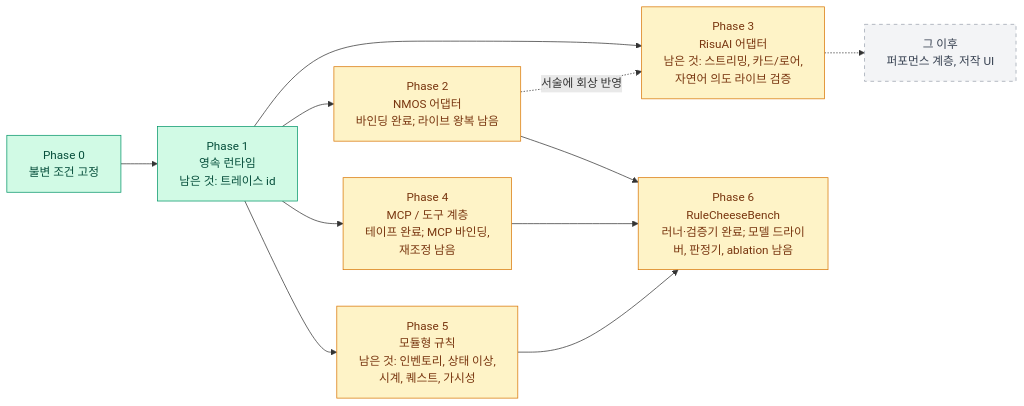
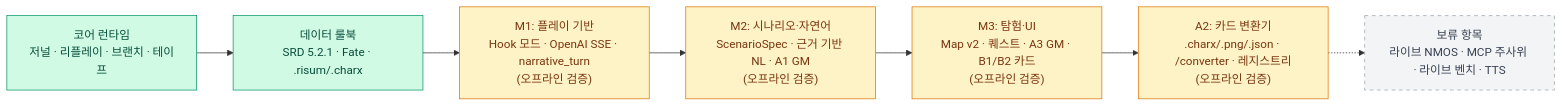
One commit to Sallos725/SAGA changed the second of 2 diagrams in README.ko.md. Above: the diagram before and after it, drawn with Mermaid. The commit also changed other lines of this file and 15 other files, not shown here.

````diff
--- a/README.ko.md
+++ b/README.ko.md
@@ -96,21 +108,16 @@
 ```mermaid
 flowchart LR
-    p0["Phase 0<br/>불변 조건 고정"]:::done
-    p1["Phase 1<br/>영속 런타임<br/>남은 것: 트레이스 id"]:::done
-    p2["Phase 2<br/>NMOS 어댑터<br/>바인딩 완료; 라이브 왕복 남음"]:::partial
-    p3["Phase 3<br/>RisuAI 어댑터<br/>남은 것: 스트리밍, 카드/로어,<br/>자연어 의도 라이브 검증"]:::partial
-    p4["Phase 4<br/>MCP / 도구 계층<br/>테이프 완료; MCP 바인딩,<br/>재조정 남음"]:::partial
-    p5["Phase 5<br/>모듈형 규칙<br/>남은 것: 인벤토리, 상태 이상,<br/>시계, 퀘스트, 가시성"]:::partial
-    p6["Phase 6<br/>RuleCheeseBench<br/>러너·검증기 완료; 모델 드라이버, 판정기, ablation 남음"]:::partial
-    later["그 이후<br/>퍼포먼스 계층, 저작 UI"]:::planned
+    p0["코어 런타임<br/>저널 · 리플레이 · 브랜치 · 테이프"]:::done
+    rb["데이터 룰북<br/>SRD 5.2.1 · Fate · .risum/.charx"]:::done
+    m1["M1: 플레이 기반<br/>Hook 모드 · OpenAI SSE · narrative_turn<br/>(오프라인 검증)"]:::partial
+    m2["M2: 시나리오·자연어<br/>ScenarioSpec · 근거 기반 NL · A1 GM<br/>(오프라인 검증)"]:::partial
+    m3["M3: 탐험·UI<br/>Map v2 · 퀘스트 · A3 GM · B1/B2 카드<br/>(오프라인 검증)"]:::partial
+    a2["A2: 카드 변환기<br/>.charx/.png/.json · /converter · 레지스트리<br/>(오프라인 검증)"]:::partial
+    later["보류 항목<br/>라이브 NMOS · MCP 주사위 · 라이브 벤치 · TTS"]:::planned
 
-    p0 --> p1
-    p1 --> p2 & p3 & p4 & p5
-    p2 -. "서술에 회상 반영" .-> p3
-    p2 & p4 & p5 --> p6
-    p3 -.-> later
+    p0 --> rb --> m1 --> m2 --> m3 --> a2 -.-> later
 
     classDef done fill:#d1fae5,stroke:#059669,color:#064e3b
     classDef partial fill:#fef3c7,stroke:#d97706,color:#78350f
     classDef planned fill:#f3f4f6,stroke:#9ca3af,color:#374151,stroke-dasharray: 5 5
 ```
````
